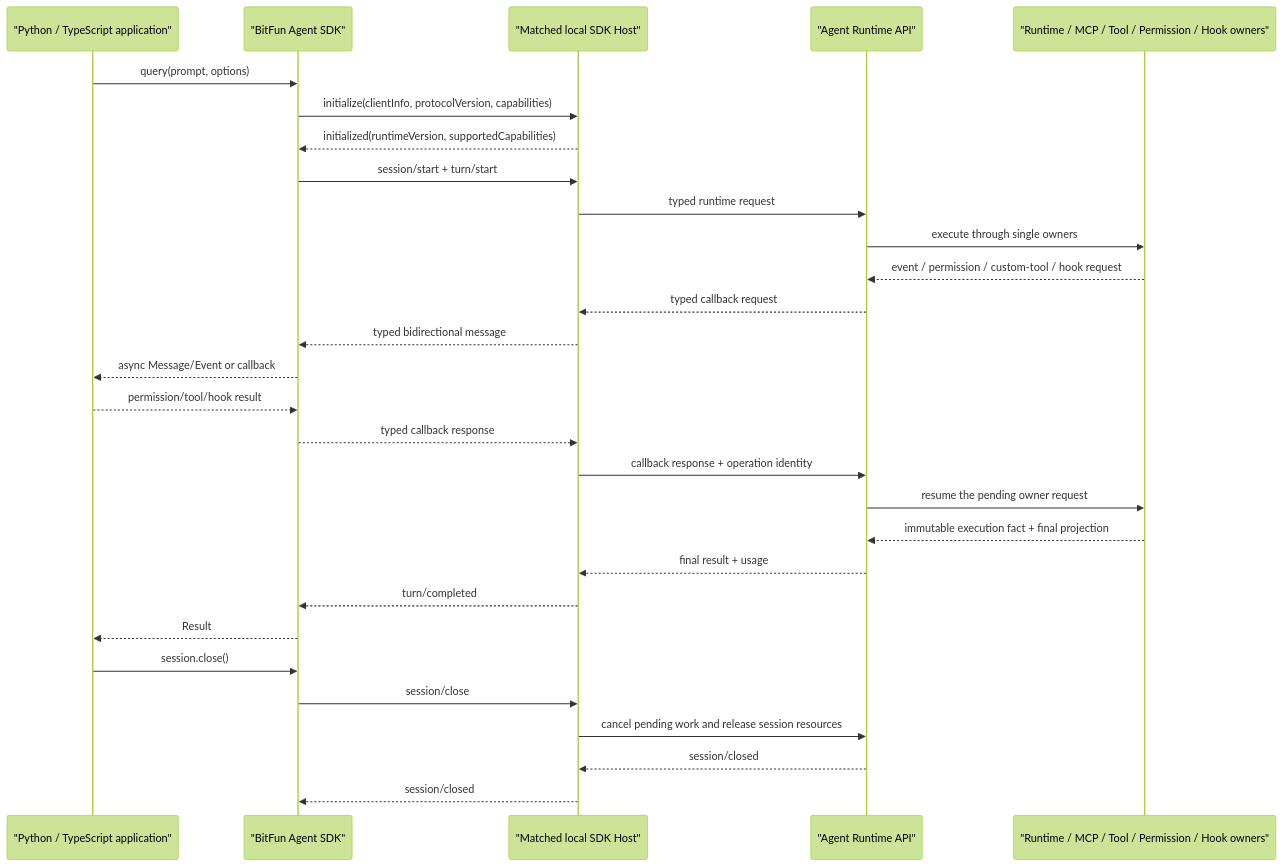
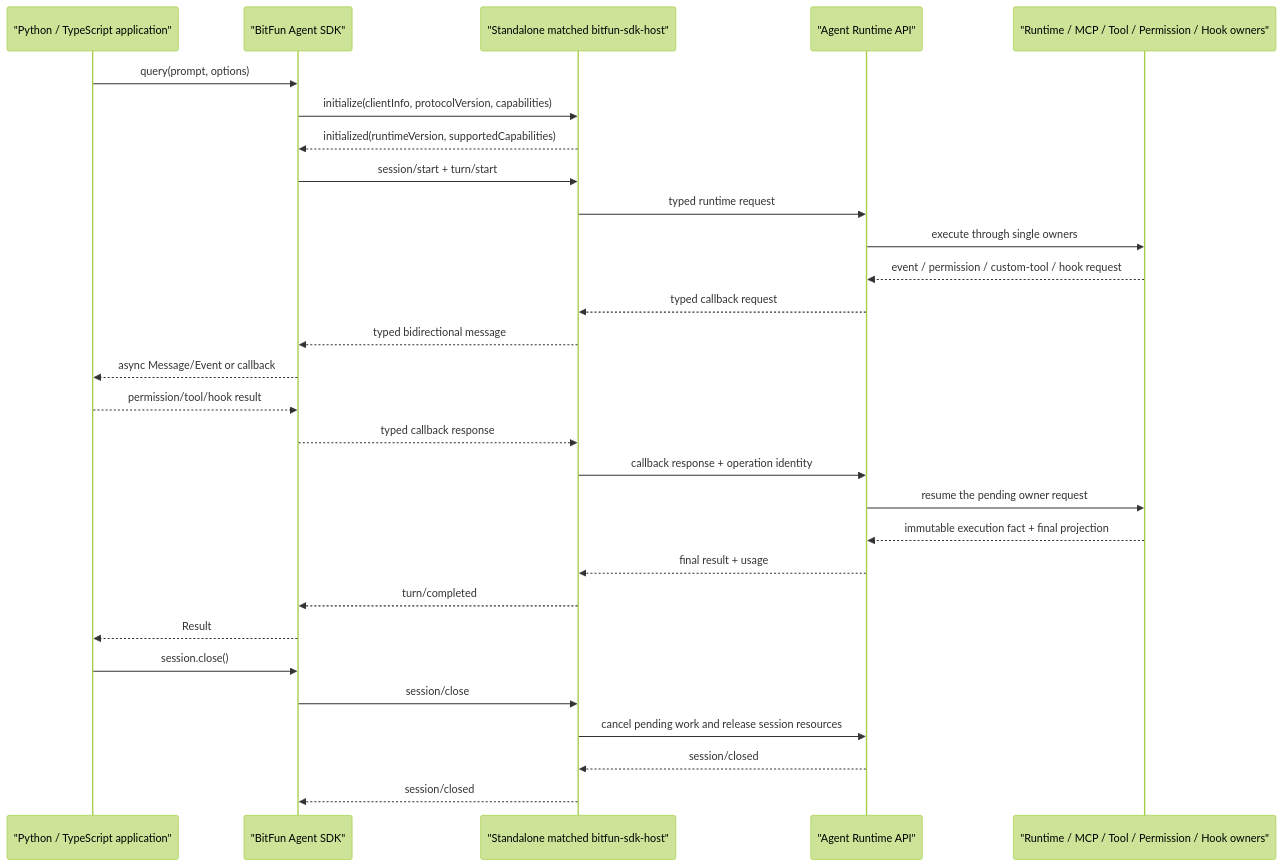
The fourth of 7 diagrams in docs/architecture/agent-sdk-product-architecture.md (1688mengdie/BitFun), drawn with Mermaid (forest theme) before and after one commit. The commit also changed other lines of this file and 69 other files, not shown here.

Commit message:
feat(sdk): add standalone Agent SDK Host baseline

````diff
--- a/docs/architecture/agent-sdk-product-architecture.md
+++ b/docs/architecture/agent-sdk-product-architecture.md
@@ -207,32 +258,32 @@
 ```mermaid
 sequenceDiagram
   participant App as "Python / TypeScript application"
   participant SDK as "BitFun Agent SDK"
-  participant Host as "Matched local SDK Host"
+  participant Host as "Standalone matched bitfun-sdk-host"
   participant API as "Agent Runtime API"
   participant Owners as "Runtime / MCP / Tool / Permission / Hook owners"
 
   App->>SDK: query(prompt, options)
   SDK->>Host: initialize(clientInfo, protocolVersion, capabilities)
   Host-->>SDK: initialized(runtimeVersion, supportedCapabilities)
   SDK->>Host: session/start + turn/start
   Host->>API: typed runtime request
   API->>Owners: execute through single owners
   Owners-->>API: event / permission / custom-tool / hook request
   API-->>Host: typed callback request
   Host-->>SDK: typed bidirectional message
   SDK-->>App: async Message/Event or callback
   App-->>SDK: permission/tool/hook result
   SDK-->>Host: typed callback response
   Host->>API: callback response + operation identity
   API->>Owners: resume the pending owner request
   Owners-->>API: immutable execution fact + final projection
   API-->>Host: final result + usage
   Host-->>SDK: turn/completed
   SDK-->>App: Result
   App->>SDK: session.close()
   SDK->>Host: session/close
   Host->>API: cancel pending work and release session resources
   API-->>Host: session/closed
   Host-->>SDK: session/closed
 ```
````
